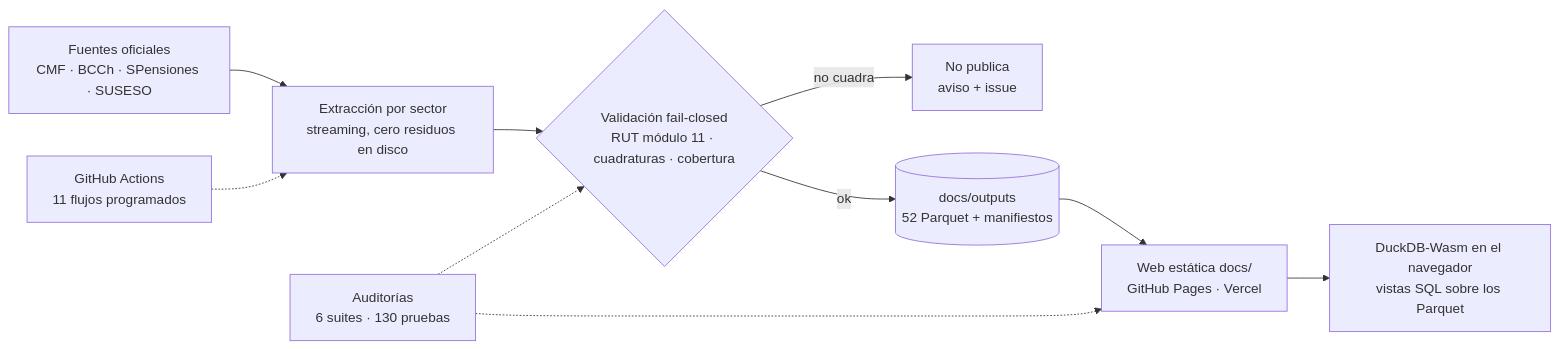
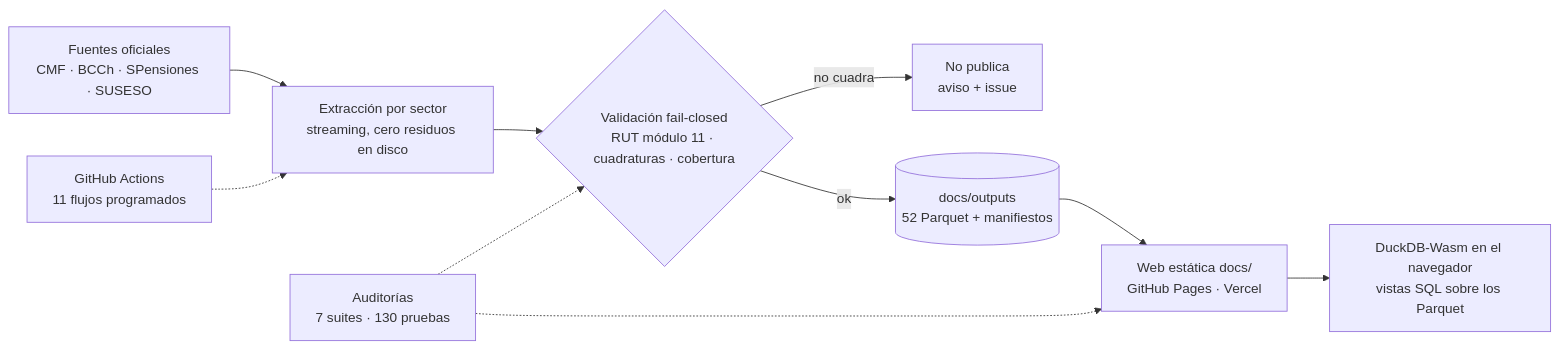
The diagram in README.md (joaquinignaciomondaca-code/Sistema_de_Informacion_Financiera_de_Chile), drawn with Mermaid before and after one commit. The commit also changed other lines of this file and 4 other files, not shown here.

````diff
--- a/README.md
+++ b/README.md
@@ -47,12 +47,12 @@
 ```mermaid
 flowchart LR
   A["Fuentes oficiales<br/>CMF · BCCh · SPensiones · SUSESO"] --> B["Extracción por sector<br/>streaming, cero residuos en disco"]
   B --> C{"Validación fail-closed<br/>RUT módulo 11 · cuadraturas · cobertura"}
   C -- no cuadra --> X["No publica<br/>aviso + issue"]
   C -- ok --> D[("docs/outputs<br/>52 Parquet + manifiestos")]
   D --> E["Web estática docs/<br/>GitHub Pages · Vercel"]
   E --> F["DuckDB-Wasm en el navegador<br/>vistas SQL sobre los Parquet"]
   G["GitHub Actions<br/>11 flujos programados"] -.-> B
-  H["Auditorías<br/>6 suites · 130 pruebas"] -.-> C
+  H["Auditorías<br/>7 suites · 130 pruebas"] -.-> C
   H -.-> E
 ```
````
